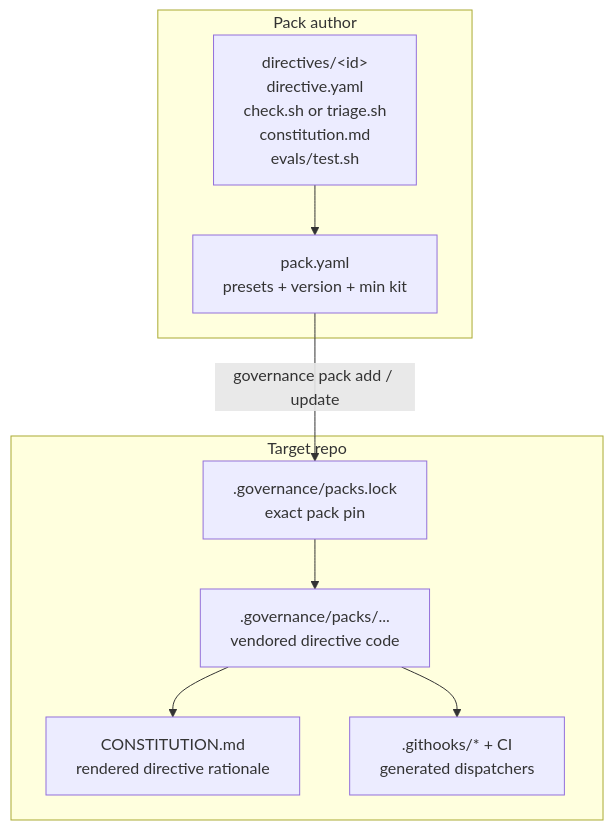
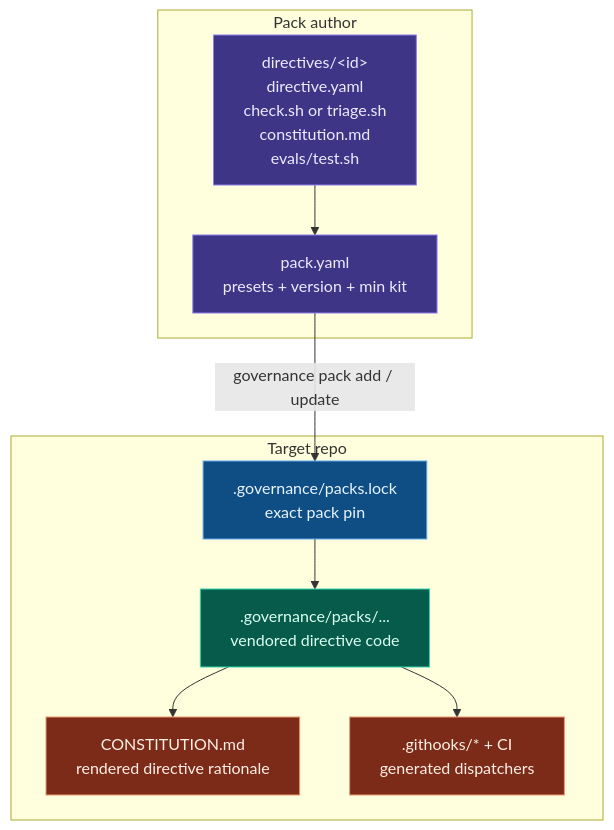
One commit to Duaility/governance-kit changed the second of 6 diagrams in README.md. Above: the diagram before and after it, drawn with Mermaid. The commit also changed other lines of this file and 1 other file, not shown here.

````diff
--- a/README.md
+++ b/README.md
@@ -96,20 +107,29 @@
 ```mermaid
 flowchart TB
     subgraph Author["Pack author"]
         D["directives/&lt;id&gt;<br/>directive.yaml<br/>check.sh or triage.sh<br/>constitution.md<br/>evals/test.sh"]
         PY["pack.yaml<br/>presets + version + min kit"]
     end
 
     subgraph Consumer["Target repo"]
         LOCK[".governance/packs.lock<br/>exact pack pin"]
         VENDOR[".governance/packs/...<br/>vendored directive code"]
         CONST["CONSTITUTION.md<br/>rendered directive rationale"]
         HOOKS[".githooks/* + CI<br/>generated dispatchers"]
     end
 
     D --> PY
     PY -- "governance pack add / update" --> LOCK
     LOCK --> VENDOR
     VENDOR --> CONST
     VENDOR --> HOOKS
+
+    classDef author fill:#3f3586,stroke:#8b7ff0,color:#eeeaff
+    classDef pack fill:#075b4a,stroke:#36d6af,color:#dcfff4
+    classDef pin fill:#0e4e85,stroke:#5aa8e9,color:#e9f5ff
+    classDef runtime fill:#7b2b17,stroke:#ef9673,color:#fff0e8
+    class D,PY author
+    class LOCK pin
+    class VENDOR pack
+    class CONST,HOOKS runtime
 ```
````
